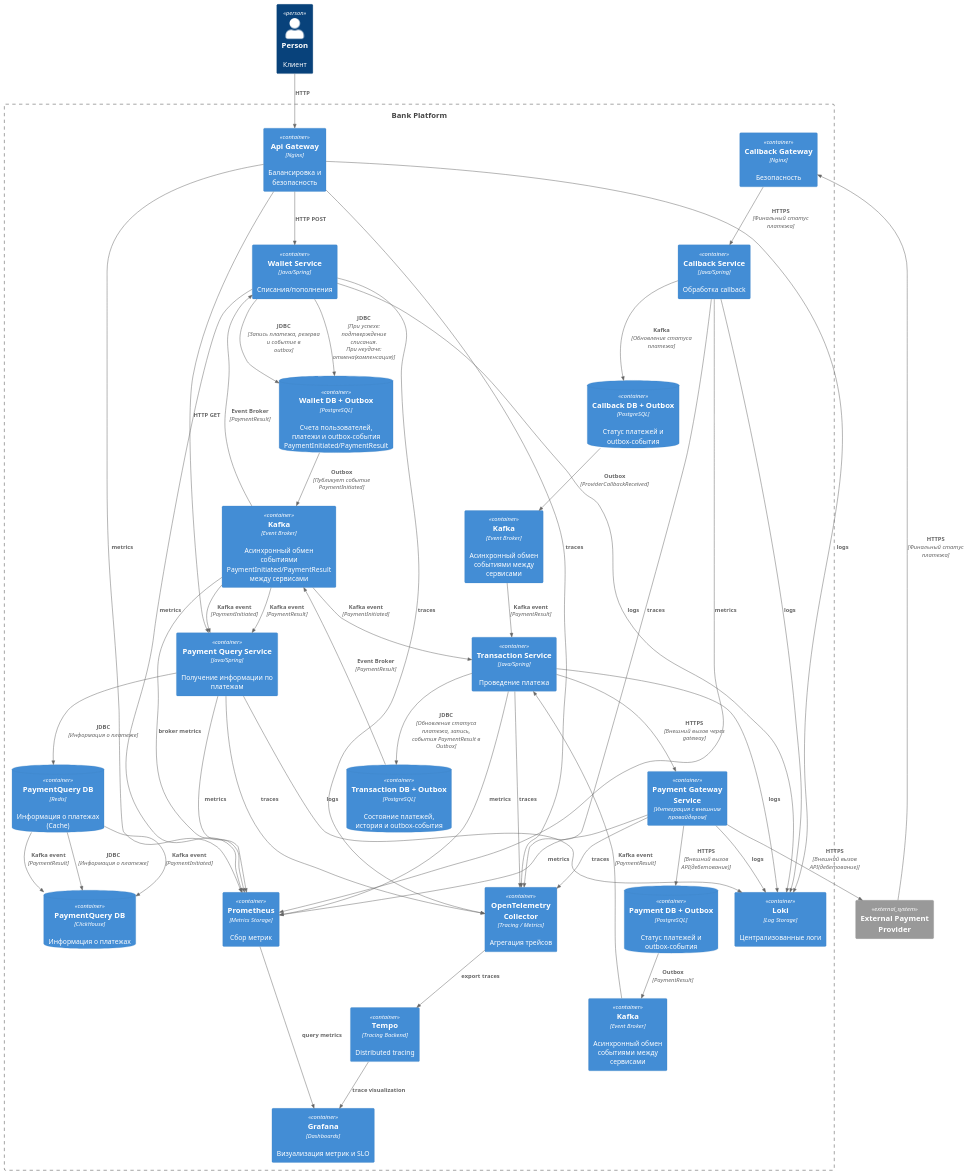
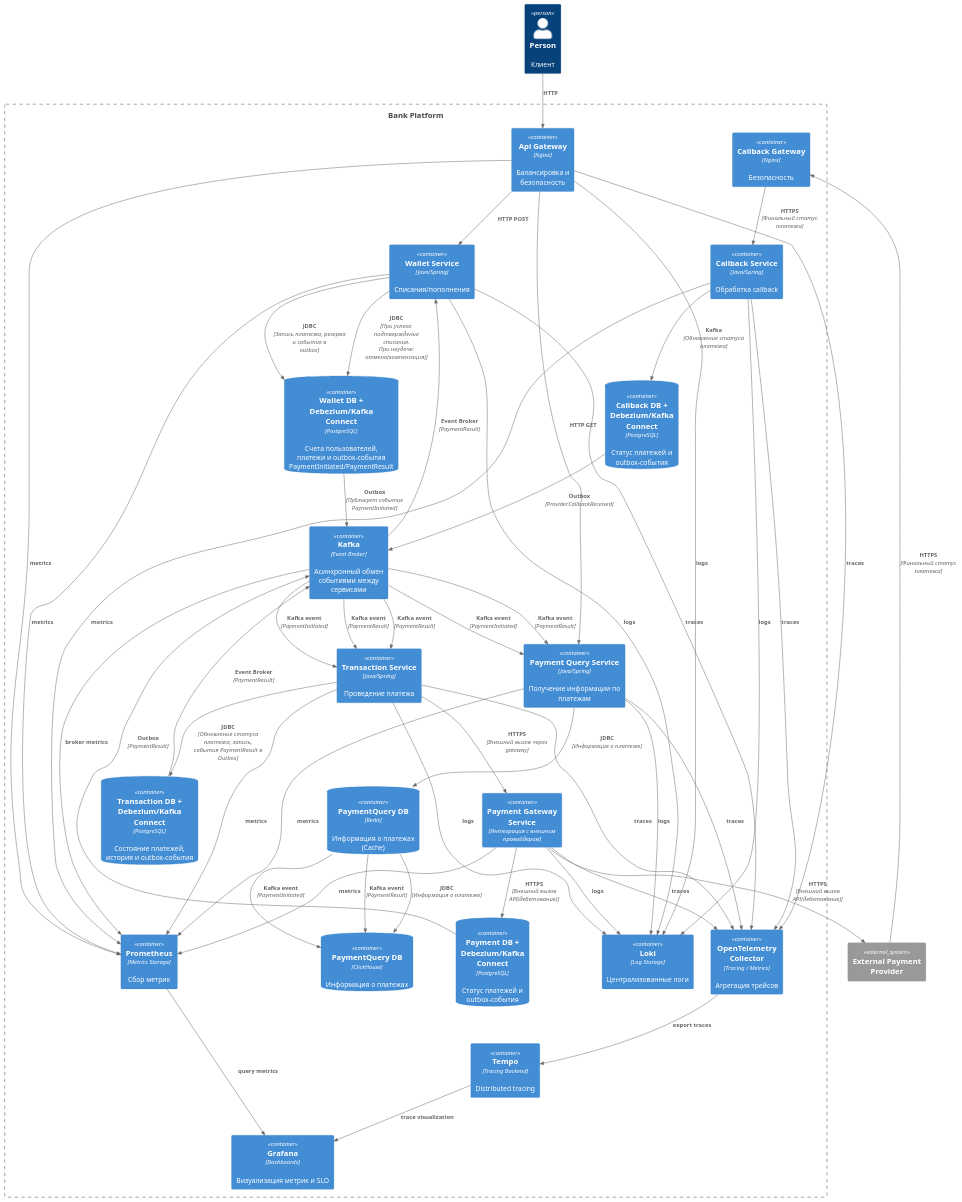
Before and after one commit to vaneks/System-design: the diagram in project/C4/BankPlatform_Observability_C2.puml, drawn with PlantUML. The commit also changed 17 other files, not shown here.

```diff
--- a/project/C4/BankPlatform_Observability_C2.puml
+++ b/project/C4/BankPlatform_Observability_C2.puml
@@ -1,93 +1,91 @@
 @startuml
 !include https://raw.githubusercontent.com/plantuml-stdlib/C4-PlantUML/master/C4_Container.puml
 
 Person(person, "Person", "Клиент")
 
 Boundary(internal, "Bank Platform") {
   Container(apiGw, "Api Gateway", "Nginx", "Балансировка и безопасность")
   Container(wallet, "Wallet Service", "Java/Spring", "Списания/пополнения")
   Container(transaction, "Transaction Service", "Java/Spring", "Проведение платежа")
   Container(payment, "Payment Gateway Service", "Интеграция с внешним провайдером")
   Container(callback, "Callback Service", "Java/Spring", "Обработка callback")
   Container(callbackGw, "Callback Gateway", "Nginx", "Безопасность")
   Container(paymentQuery, "Payment Query Service", "Java/Spring", "Получение информации по платежам")
 
-  ContainerDb(walletDb, "Wallet DB + Outbox", "PostgreSQL", "Счета пользователей, платежи и outbox-события PaymentInitiated/PaymentResult")
-  ContainerDb(transactionDb, "Transaction DB + Outbox", "PostgreSQL", "Состояние платежей, история и outbox-события")
-  ContainerDb(callbackDb, "Callback DB + Outbox", "PostgreSQL", "Статус платежей и outbox-события")
-  ContainerDb(paymentDb, "Payment DB + Outbox", "PostgreSQL", "Статус платежей и outbox-события")
+  ContainerDb(walletDb, "Wallet DB + Debezium/Kafka Connect", "PostgreSQL", "Счета пользователей, платежи и outbox-события PaymentInitiated/PaymentResult")
+  ContainerDb(transactionDb, "Transaction DB + Debezium/Kafka Connect", "PostgreSQL", "Состояние платежей, история и outbox-события")
+  ContainerDb(callbackDb, "Callback DB + Debezium/Kafka Connect", "PostgreSQL", "Статус платежей и outbox-события")
+  ContainerDb(paymentDb, "Payment DB + Debezium/Kafka Connect", "PostgreSQL", "Статус платежей и outbox-события")
   ContainerDb(paymentQueryDb, "PaymentQuery DB", "ClickHouse", "Информация о платежах")
   ContainerDb(paymentQueryRedis, "PaymentQuery DB", "Redis", "Информация о платежах (Cache)")
 
-  Container(kafkaWallet, "Kafka", "Event Broker", "Асинхронный обмен событиями PaymentInitiated/PaymentResult между сервисами")
-  Container(kafkaCallback, "Kafka", "Event Broker", "Асинхронный обмен событиями между сервисами")
-  Container(kafkaPayment, "Kafka", "Event Broker", "Асинхронный обмен событиями между сервисами")
+  Container(kafka, "Kafka", "Event Broker", "Асинхронный обмен событиями между сервисами")
 
    Container(prometheus, "Prometheus", "Metrics Storage", "Сбор метрик")
    Container(grafana, "Grafana", "Dashboards", "Визуализация метрик и SLO")
    Container(loki, "Loki", "Log Storage", "Централизованные логи")
    Container(otel, "OpenTelemetry Collector", "Tracing / Metrics", "Агрегация трейсов")
    Container(tempo, "Tempo", "Tracing Backend", "Distributed tracing")
 
 }
 
 
 System_Ext(extPayment, "External Payment Provider")
 
 Rel(person, apiGw, "HTTP")
 Rel(apiGw, wallet, "HTTP POST")
 Rel(apiGw, paymentQuery, "HTTP GET")
 Rel(wallet, walletDb, "JDBC", "Запись платежа, резерва и событие в outbox")
 Rel(wallet, walletDb, "JDBC", "При успехе: подтверждение списания. При неудаче: отмена(компенсация)")
-Rel(walletDb, kafkaWallet, "Outbox", "Публикует событие PaymentInitiated")
-Rel(kafkaWallet, transaction, "Kafka event", "PaymentInitiated")
-Rel(kafkaWallet, wallet, "Event Broker", "PaymentResult")
+Rel(walletDb, kafka, "Outbox", "Публикует событие PaymentInitiated")
+Rel(kafka, transaction, "Kafka event", "PaymentInitiated")
+Rel(kafka, wallet, "Event Broker", "PaymentResult")
 Rel(transaction, payment, "HTTPS", "Внешний вызов через gateway")
 Rel(payment, extPayment, "HTTPS", "Внешний вызов API(дебетование)")
 Rel(payment, paymentDb, "HTTPS", "Внешний вызов API(дебетование)")
-Rel(paymentDb, kafkaPayment, "Outbox", "PaymentResult")
-Rel(kafkaPayment, transaction, "Kafka event", "PaymentResult")
+Rel(paymentDb, kafka, "Outbox", "PaymentResult")
+Rel(kafka, transaction, "Kafka event", "PaymentResult")
 Rel(extPayment, callbackGw, "HTTPS", "Финальный статус платежа")
 Rel(callbackGw, callback, "HTTPS", "Финальный статус платежа")
-Rel(kafkaCallback, transaction, "Kafka event", "PaymentResult")
-Rel(kafkaWallet, paymentQuery, "Kafka event", "PaymentInitiated")
+Rel(kafka, transaction, "Kafka event", "PaymentResult")
+Rel(kafka, paymentQuery, "Kafka event", "PaymentInitiated")
 Rel(paymentQueryRedis, paymentQueryDb, "Kafka event", "PaymentInitiated")
-Rel(kafkaWallet, paymentQuery, "Kafka event", "PaymentResult")
+Rel(kafka, paymentQuery, "Kafka event", "PaymentResult")
 Rel(paymentQueryRedis, paymentQueryDb, "Kafka event", "PaymentResult")
 Rel(callback, callbackDb, "Kafka", "Обновление статуса платежа")
-Rel(callbackDb, kafkaCallback, "Outbox", "ProviderCallbackReceived")
+Rel(callbackDb, kafka, "Outbox", "ProviderCallbackReceived")
 Rel(paymentQuery, paymentQueryRedis, "JDBC", "Информация о платеже")
 Rel(paymentQueryRedis, paymentQueryDb, "JDBC", "Информация о платеже")
 Rel(transaction, transactionDb, "JDBC", "Обновление статуса платежа, запись, события PaymentResult в Outbox")
-Rel(transactionDb, kafkaWallet, "Event Broker", "PaymentResult")
+Rel(transactionDb, kafka, "Event Broker", "PaymentResult")
 
 
 Rel(apiGw, prometheus, "metrics")
 Rel(wallet, prometheus, "metrics")
 Rel(transaction, prometheus, "metrics")
 Rel(payment, prometheus, "metrics")
 Rel(callback, prometheus, "metrics")
 Rel(paymentQuery, prometheus, "metrics")
-Rel(kafkaWallet, prometheus, "broker metrics")
+Rel(kafka, prometheus, "broker metrics")
 
 Rel(prometheus, grafana, "query metrics")
 
 
 Rel(apiGw, loki, "logs")
 Rel(wallet, loki, "logs")
 Rel(transaction, loki, "logs")
 Rel(payment, loki, "logs")
 Rel(callback, loki, "logs")
 Rel(paymentQuery, loki, "logs")
 
 Rel(apiGw, otel, "traces")
 Rel(wallet, otel, "traces")
 Rel(transaction, otel, "traces")
 Rel(payment, otel, "traces")
 Rel(callback, otel, "traces")
 Rel(paymentQuery, otel, "traces")
 
 Rel(otel, tempo, "export traces")
 Rel(tempo, grafana, "trace visualization")
 
 @enduml
```
